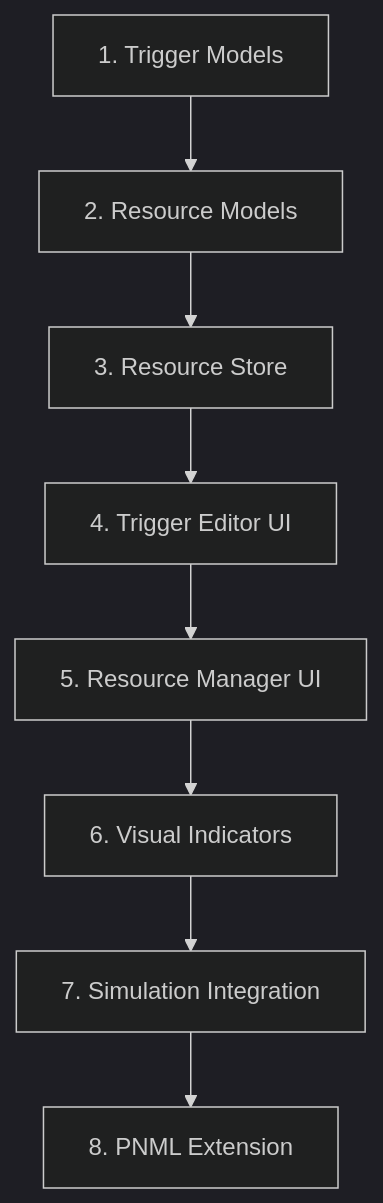
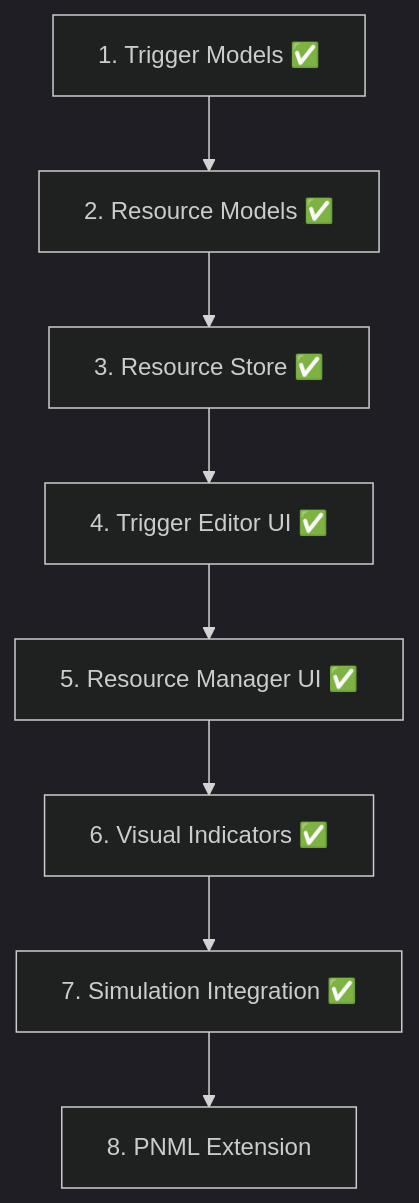
One commit to woped/woped-next changed the fourth of 4 diagrams in docs/migration/11-triggers-resources.md. Above: the diagram before and after it, drawn with Mermaid (dark theme). The commit also changed other lines of this file and 24 other files, not shown here.

````diff
--- a/docs/migration/11-triggers-resources.md
+++ b/docs/migration/11-triggers-resources.md
@@ -384,10 +296,10 @@
 ```mermaid
 flowchart TD
-    S1[1. Trigger Models] --> S2[2. Resource Models]
-    S2 --> S3[3. Resource Store]
-    S3 --> S4[4. Trigger Editor UI]
-    S4 --> S5[5. Resource Manager UI]
-    S5 --> S6[6. Visual Indicators]
-    S6 --> S7[7. Simulation Integration]
+    S1[1. Trigger Models ✅] --> S2[2. Resource Models ✅]
+    S2 --> S3[3. Resource Store ✅]
+    S3 --> S4[4. Trigger Editor UI ✅]
+    S4 --> S5[5. Resource Manager UI ✅]
+    S5 --> S6[6. Visual Indicators ✅]
+    S6 --> S7[7. Simulation Integration ✅]
     S7 --> S8[8. PNML Extension]
 ```
````
